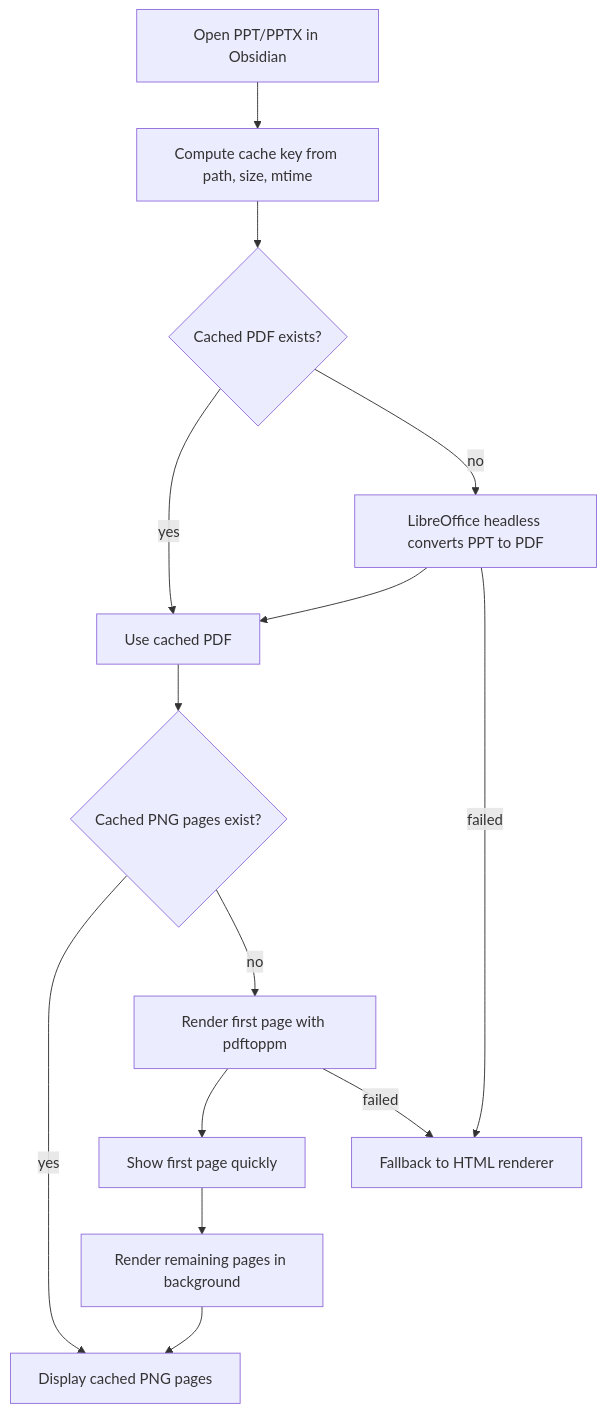
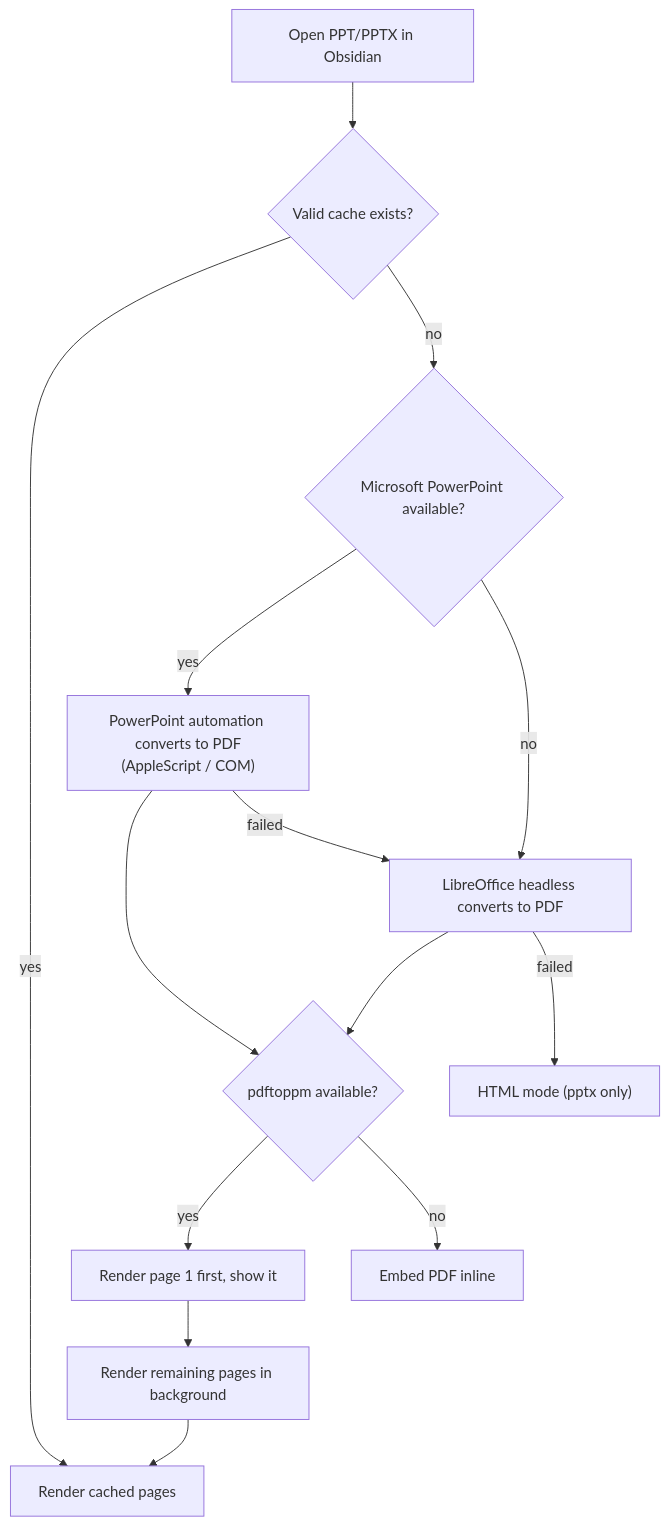
One commit to pherehouse/ppt-viewer changed the diagram in README.md. Above: the diagram before and after it, drawn with Mermaid. The commit also changed other lines of this file and 1 other file, not shown here.

Commit message:
docs: rewrite README for native PowerPoint rendering architecture (v1.8.2)

````diff
--- a/README.md
+++ b/README.md
@@ -161,16 +115,16 @@
 ```mermaid
 flowchart TD
-  A["Open PPT/PPTX in Obsidian"] --> B["Compute cache key from path, size, mtime"]
-  B --> C{"Cached PDF exists?"}
-  C -- yes --> E["Use cached PDF"]
-  C -- no --> D["LibreOffice headless converts PPT to PDF"]
-  D --> E
-  E --> F{"Cached PNG pages exist?"}
-  F -- yes --> H["Display cached PNG pages"]
-  F -- no --> G["Render first page with pdftoppm"]
-  G --> I["Show first page quickly"]
-  I --> J["Render remaining pages in background"]
-  J --> H
-  D -- failed --> K["Fallback to HTML renderer"]
-  G -- failed --> K
+  A["Open PPT/PPTX in Obsidian"] --> B{"Valid cache exists?"}
+  B -- yes --> R["Render cached pages"]
+  B -- no --> C{"Microsoft PowerPoint available?"}
+  C -- yes --> D["PowerPoint automation converts to PDF<br/>(AppleScript / COM)"]
+  C -- no --> E["LibreOffice headless converts to PDF"]
+  D --> F
+  E --> F{"pdftoppm available?"}
+  F -- yes --> G["Render page 1 first, show it"]
+  G --> H["Render remaining pages in background"]
+  F -- no --> I["Embed PDF inline"]
+  H --> R
+  D -- failed --> E
+  E -- failed --> J["HTML mode (pptx only)"]
 ```
````
